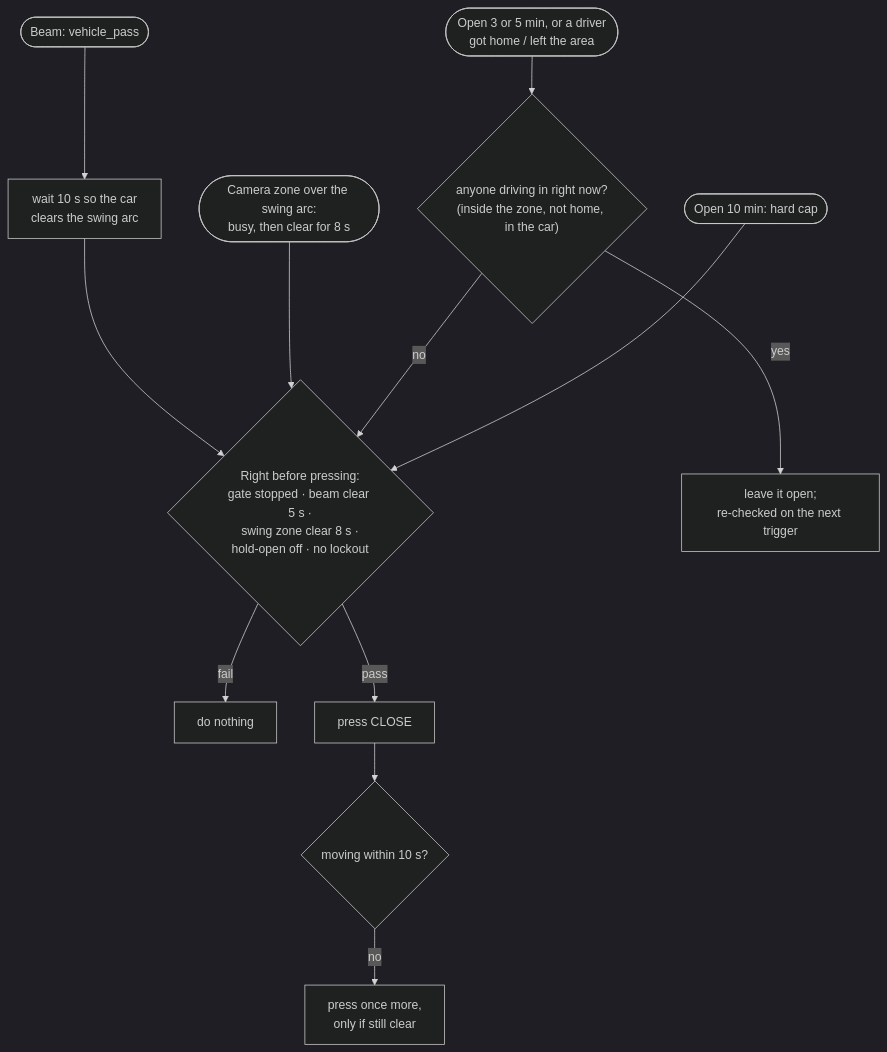
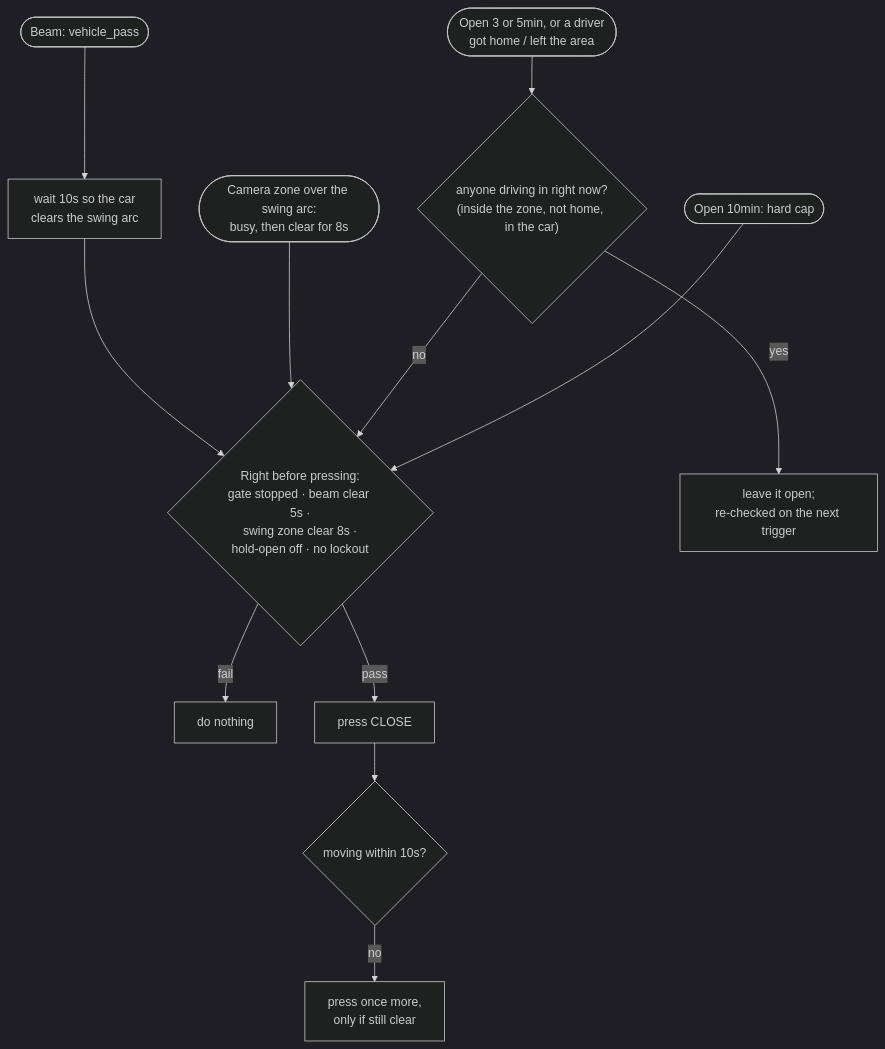
Before and after one commit to jakabo27/DRV8262-DIY-Swing-Gate-Controller: the third of 3 diagrams in home-assistant/README.md, drawn with Mermaid (dark theme). The commit also changed other lines of this file and 20 other files, not shown here.

First line of the commit message:
Add build photo, screenshots and hand-drawn architecture diagram

````diff
--- a/home-assistant/README.md
+++ b/home-assistant/README.md
@@ -110,13 +108,13 @@
 ```mermaid
 flowchart TD
-    B(["Beam: vehicle_pass"]) --> BW["wait 10 s so the car<br/>clears the swing arc"] --> S
-    C(["Camera zone over the swing arc:<br/>busy, then clear for 8 s"]) --> S
-    T(["Open 3 or 5 min, or a driver<br/>got home / left the area"]) --> N{"anyone driving in right now?<br/>(inside the zone, not home, in the car)"}
+    B(["Beam: vehicle_pass"]) --> BW["wait 10s so the car<br/>clears the swing arc"] --> S
+    C(["Camera zone over the swing arc:<br/>busy, then clear for 8s"]) --> S
+    T(["Open 3 or 5min, or a driver<br/>got home / left the area"]) --> N{"anyone driving in right now?<br/>(inside the zone, not home, in the car)"}
     N -- yes --> H["leave it open;<br/>re-checked on the next trigger"]
     N -- no --> S
-    K(["Open 10 min: hard cap"]) --> S
-    S{"Right before pressing:<br/>gate stopped · beam clear 5 s ·<br/>swing zone clear 8 s ·<br/>hold-open off · no lockout"}
+    K(["Open 10min: hard cap"]) --> S
+    S{"Right before pressing:<br/>gate stopped · beam clear 5s ·<br/>swing zone clear 8s ·<br/>hold-open off · no lockout"}
     S -- fail --> X["do nothing"]
-    S -- pass --> P["press CLOSE"] --> R{"moving within 10 s?"}
+    S -- pass --> P["press CLOSE"] --> R{"moving within 10s?"}
     R -- no --> P2["press once more,<br/>only if still clear"]
 ```
````
